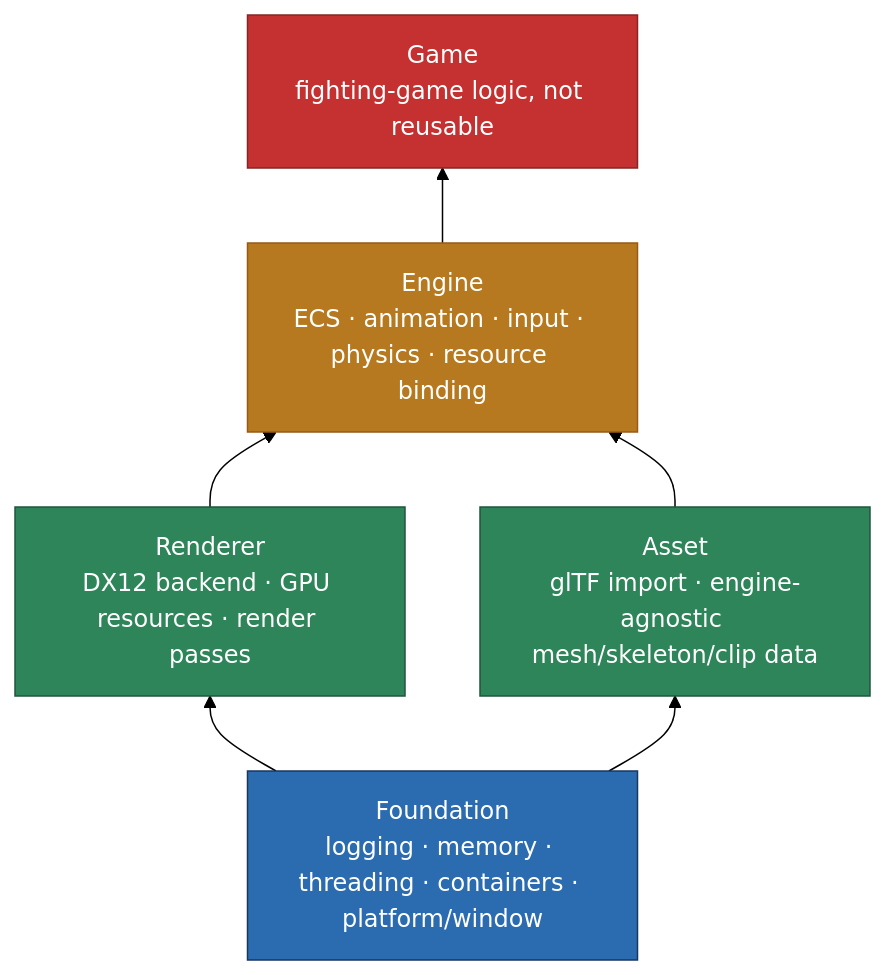
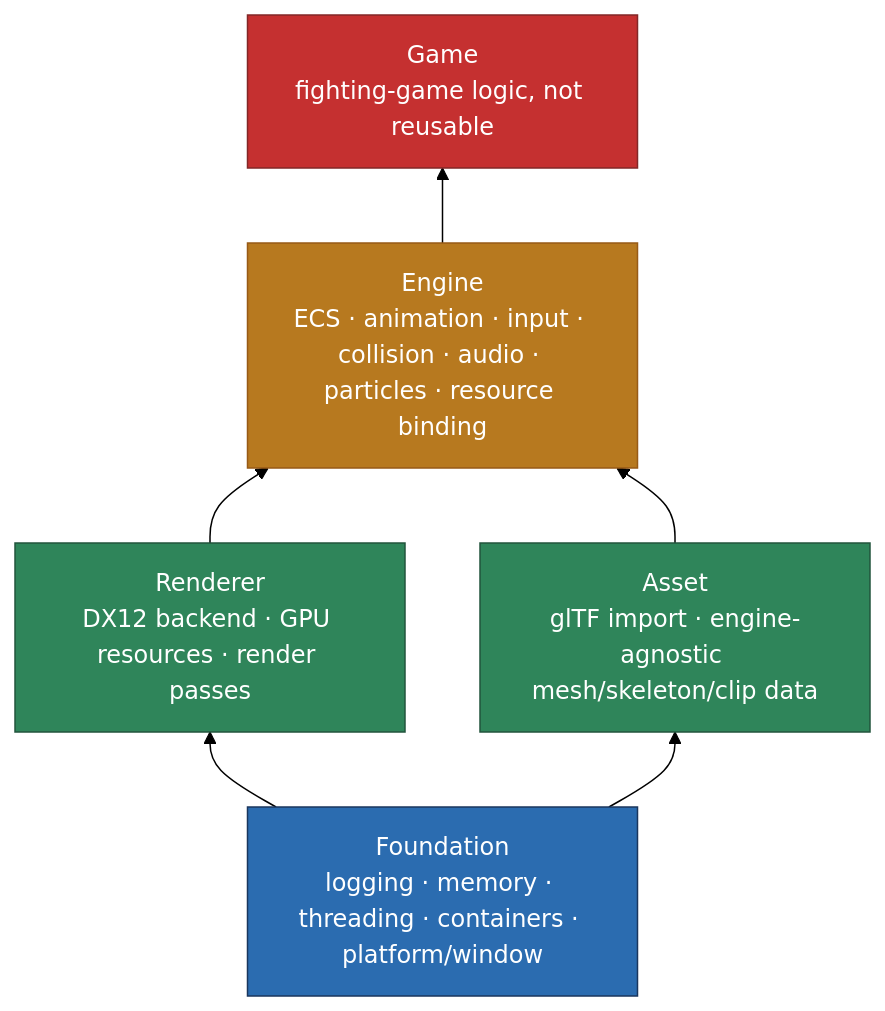
One commit to omd24/OmdLab changed the diagram in README.md. Above: the diagram before and after it, drawn with Mermaid (forest theme). The commit also changed other lines of this file, not shown here.

````diff
--- a/README.md
+++ b/README.md
@@ -7,25 +18,25 @@
 ```mermaid
 graph BT
     Foundation["Foundation<br/>logging · memory · threading · containers · platform/window"]
     Renderer["Renderer<br/>DX12 backend · GPU resources · render passes"]
     Asset["Asset<br/>glTF import · engine-agnostic mesh/skeleton/clip data"]
-    Engine["Engine<br/>ECS · animation · input · physics · resource binding"]
+    Engine["Engine<br/>ECS · animation · input · collision · audio · particles · resource binding"]
     Game["Game<br/>fighting-game logic, not reusable"]
 
     Foundation --> Renderer
     Foundation --> Asset
     Renderer --> Engine
     Asset --> Engine
     Engine --> Game
 
     classDef foundation fill:#2b6cb0,color:#ffffff,stroke:#1a365d,stroke-width:1px;
     classDef mid fill:#2f855a,color:#ffffff,stroke:#22543d,stroke-width:1px;
     classDef engine fill:#b7791f,color:#ffffff,stroke:#975a16,stroke-width:1px;
     classDef game fill:#c53030,color:#ffffff,stroke:#822727,stroke-width:1px;
 
     class Foundation foundation;
     class Renderer mid;
     class Asset mid;
     class Engine engine;
     class Game game;
 ```
````
